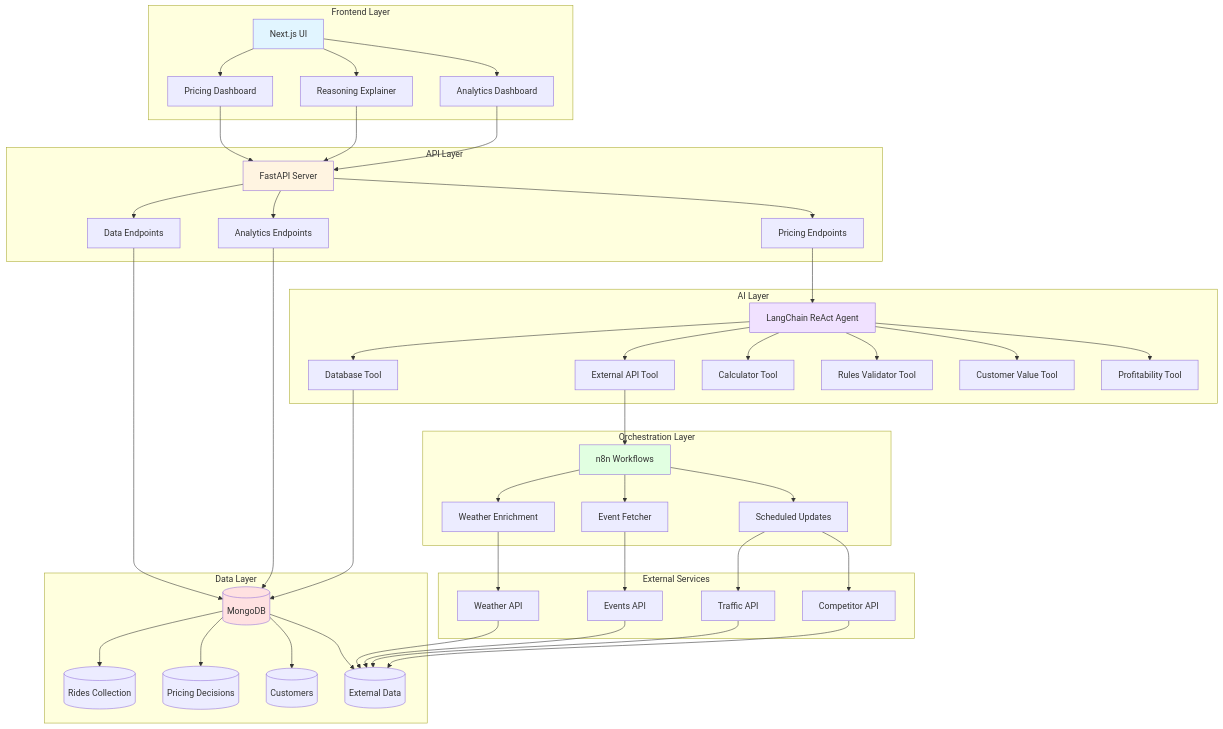
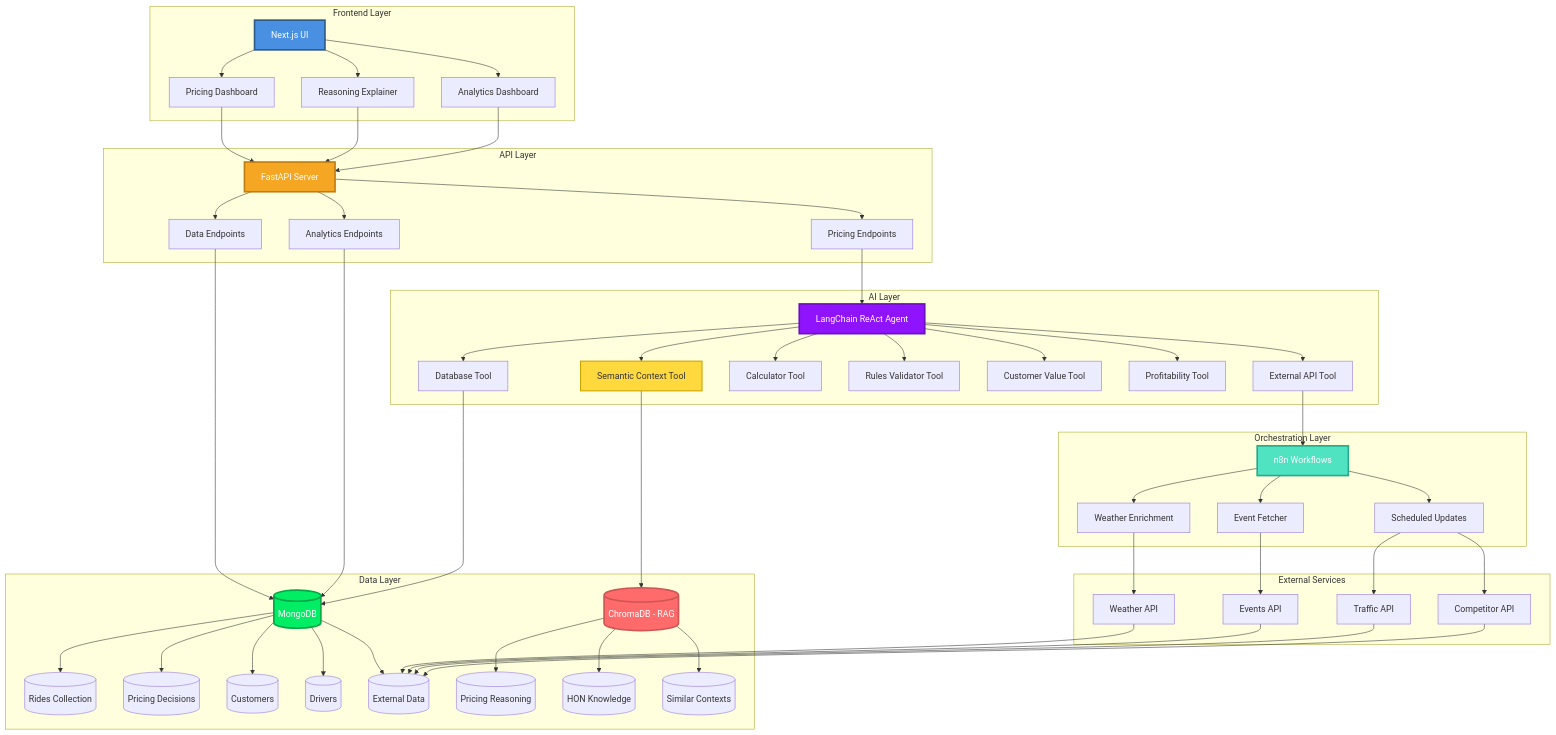
One commit to fly2safa/HON-hackathon-dynamic-pricing changed the first of 6 diagrams in docs/implementation-plan.md. Above: the diagram before and after it, drawn with Mermaid.

Commit message:
Update Mermaid diagram: add ChromaDB/RAG and improve colors for visibility

````diff
--- a/docs/implementation-plan.md
+++ b/docs/implementation-plan.md
@@ -164,6 +164,7 @@
         RuleTool[Rules Validator Tool]
         CustomerTool[Customer Value Tool]
         ProfitTool[Profitability Tool]
+        RAGTool[Semantic Context Tool]
     end
     
     subgraph "Orchestration Layer"
@@ -178,7 +179,13 @@
         RidesDB[(Rides Collection)]
         PricingDB[(Pricing Decisions)]
         CustomersDB[(Customers)]
+        DriversDB[(Drivers)]
         ExternalDB[(External Data)]
+        
+        ChromaDB[(ChromaDB - RAG)]
+        PricingReasoningDB[(Pricing Reasoning)]
+        HONKnowledgeDB[(HON Knowledge)]
+        ContextsDB[(Similar Contexts)]
     end
     
     subgraph "External Services"
@@ -210,8 +217,10 @@
     Agent --> RuleTool
     Agent --> CustomerTool
     Agent --> ProfitTool
+    Agent --> RAGTool
     
     DBTool --> MongoDB
+    RAGTool --> ChromaDB
     APITool --> N8N
     
     N8N --> WeatherWF
@@ -226,16 +235,23 @@
     MongoDB --> RidesDB
     MongoDB --> PricingDB
     MongoDB --> CustomersDB
+    MongoDB --> DriversDB
     MongoDB --> ExternalDB
+    
+    ChromaDB --> PricingReasoningDB
+    ChromaDB --> HONKnowledgeDB
+    ChromaDB --> ContextsDB
     
     Weather --> ExternalDB
     Events --> ExternalDB
     Traffic --> ExternalDB
     Competitor --> ExternalDB
     
-    style UI fill:#e1f5ff
-    style API fill:#fff4e1
-    style Agent fill:#f0e1ff
-    style N8N fill:#e1ffe1
-    style MongoDB fill:#ffe1e1
+    style UI fill:#4A90E2,stroke:#2E5C8A,stroke-width:3px,color:#fff
+    style API fill:#F5A623,stroke:#C17D11,stroke-width:3px,color:#fff
+    style Agent fill:#9013FE,stroke:#6B0FB8,stroke-width:3px,color:#fff
+    style N8N fill:#50E3C2,stroke:#2BA88A,stroke-width:3px,color:#fff
+    style MongoDB fill:#00ED64,stroke:#00A847,stroke-width:3px,color:#fff
+    style ChromaDB fill:#FF6B6B,stroke:#CC5555,stroke-width:3px,color:#fff
+    style RAGTool fill:#FFD93D,stroke:#CCA600,stroke-width:2px
 ```
````
